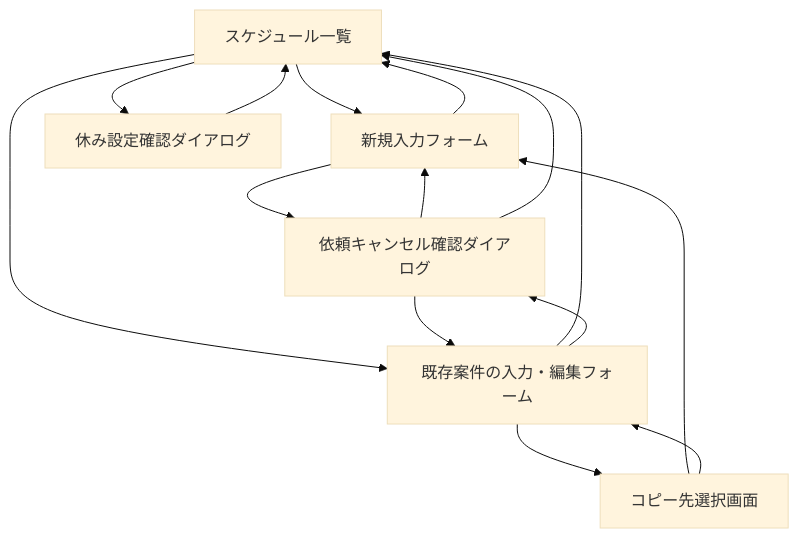
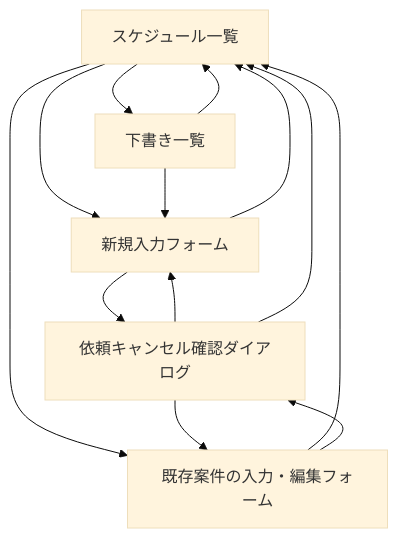
One commit to yuya-dev-dev/schedule-system changed the diagram in docs/screen-list.md. Above: the diagram before and after it, drawn with Mermaid (base theme). The commit also changed other lines of this file and 7 other files, not shown here.

````diff
--- a/docs/screen-list.md
+++ b/docs/screen-list.md
@@ -176,17 +158,15 @@
 ```mermaid
 flowchart TD
     A["スケジュール一覧"] --> B["新規入力フォーム"]
     A --> C["既存案件の入力・編集フォーム"]
+    A --> E["下書き一覧"]
+    E --> B
+    E --> A
     B --> A
     C --> A
-    C --> E["コピー先選択画面"]
-    E --> B
-    E --> C
-    A --> F["休み設定確認ダイアログ"]
-    F --> A
     B --> D["依頼キャンセル確認ダイアログ"]
     C --> D
     D --> B
     D --> C
     D --> A
 ```
````
